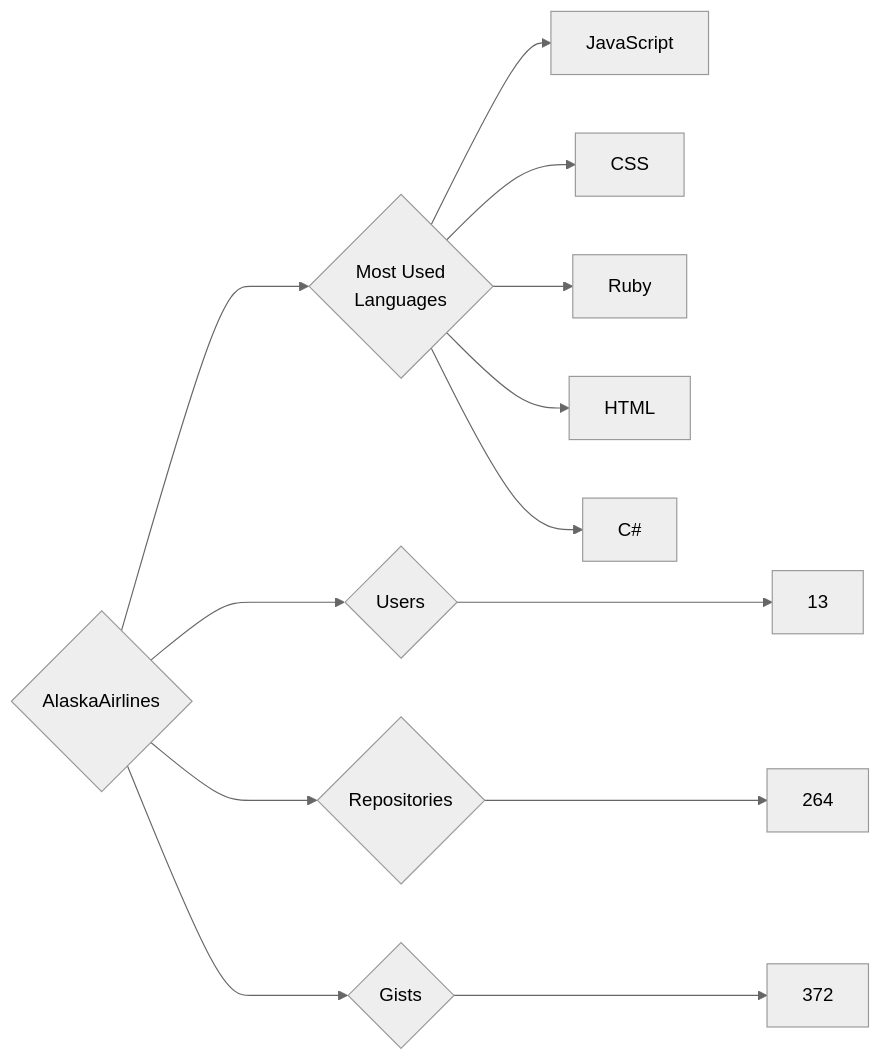
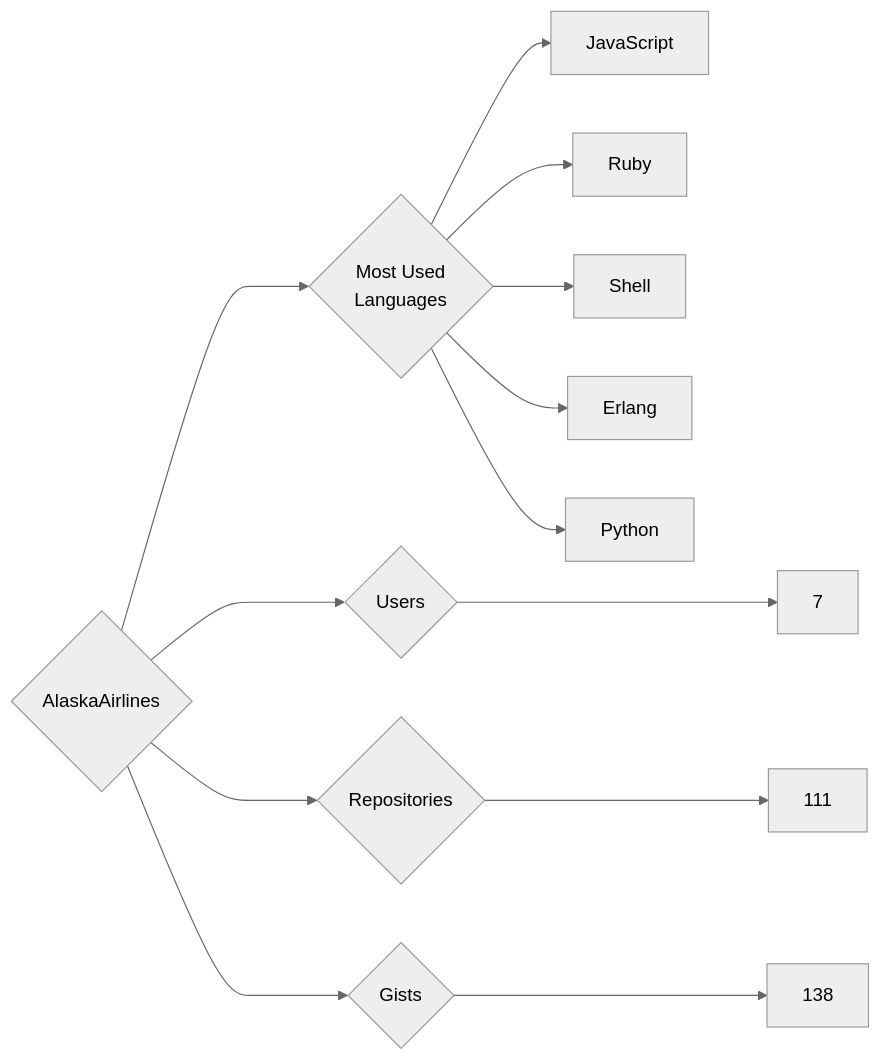
The diagram in targets/AlaskaAirlines/README.md (trickest/insiders), drawn with Mermaid (neutral theme) before and after one commit. The commit also changed 934 other files, not shown here.

````diff
--- a/targets/AlaskaAirlines/README.md
+++ b/targets/AlaskaAirlines/README.md
@@ -3,13 +3,13 @@
 ```mermaid
 graph LR
 COMPANY_NAME{AlaskaAirlines}
-COMPANY_NAME ---> U{Users} ---> UN[13]
-COMPANY_NAME ---> R{Repositories} ---> RN[264]
-COMPANY_NAME ---> G{Gists} ---> GN[372]
+COMPANY_NAME ---> U{Users} ---> UN[7]
+COMPANY_NAME ---> R{Repositories} ---> RN[111]
+COMPANY_NAME ---> G{Gists} ---> GN[138]
 COMPANY_NAME ---> ML{Most Used<br>Languages}
 ML --> JavaScript[JavaScript]
-ML --> CSS[CSS]
 ML --> Ruby[Ruby]
-ML --> HTML[HTML]
-ML --> C#[C#]
+ML --> Shell[Shell]
+ML --> Erlang[Erlang]
+ML --> Python[Python]
 ```
````
